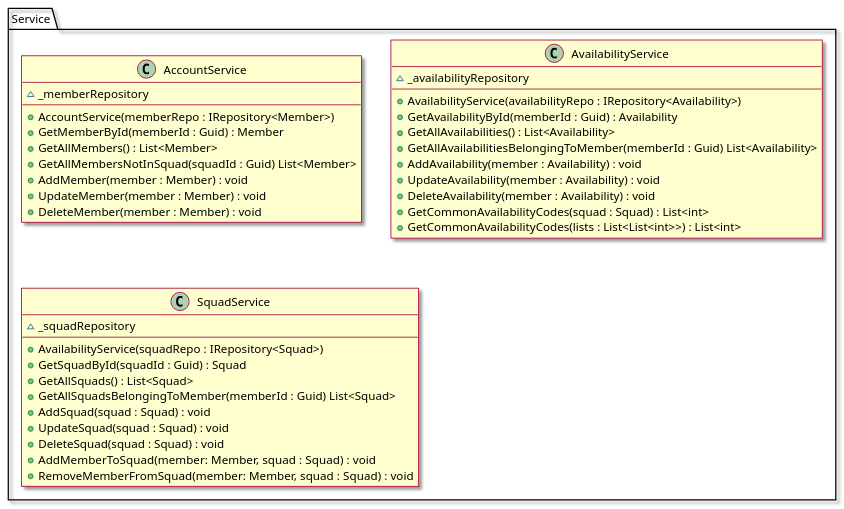
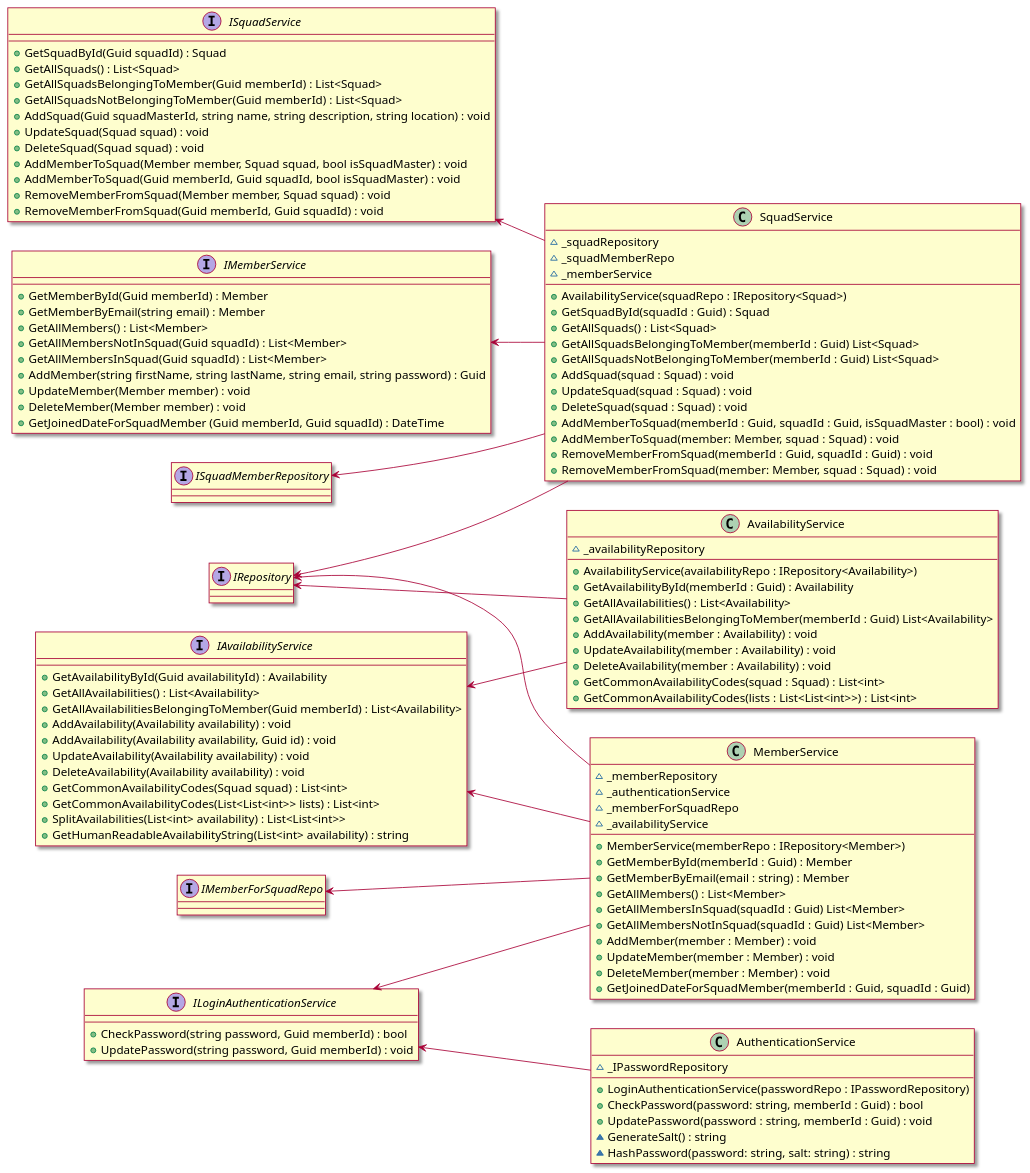
Before and after one commit to dhilbmann/ScheduSquad: the diagram in plantuml/ClassDiagrams/ServiceClassDiagram.plantuml, drawn with PlantUML. The commit also changed 4 other files, not shown here.

Commit message:
Updates diagrams for final paper

```diff
--- a/plantuml/ClassDiagrams/ServiceClassDiagram.plantuml
+++ b/plantuml/ClassDiagrams/ServiceClassDiagram.plantuml
@@ -1,42 +1,124 @@
 @startuml ServiceClassDiagram
 
+left to right direction
 skin rose
 
-class Service.AccountService {
+interface ISquadService {
+    +GetSquadById(Guid squadId) : Squad
+    +GetAllSquads() : List<Squad> 
+    +GetAllSquadsBelongingToMember(Guid memberId) : List<Squad> 
+    +GetAllSquadsNotBelongingToMember(Guid memberId) : List<Squad> 
+    +AddSquad(Guid squadMasterId, string name, string description, string location) : void
+    +UpdateSquad(Squad squad) : void
+    +DeleteSquad(Squad squad) : void
+    +AddMemberToSquad(Member member, Squad squad, bool isSquadMaster) : void
+    +AddMemberToSquad(Guid memberId, Guid squadId, bool isSquadMaster) : void
+    +RemoveMemberFromSquad(Member member, Squad squad) : void
+    +RemoveMemberFromSquad(Guid memberId, Guid squadId) : void
+}
+
+interface IAvailabilityService {
+    +GetAvailabilityById(Guid availabilityId) : Availability 
+    +GetAllAvailabilities() : List<Availability> 
+    +GetAllAvailabilitiesBelongingToMember(Guid memberId) : List<Availability> 
+    +AddAvailability(Availability availability) : void
+    +AddAvailability(Availability availability, Guid id) : void
+    +UpdateAvailability(Availability availability) : void
+    +DeleteAvailability(Availability availability) : void
+    +GetCommonAvailabilityCodes(Squad squad) : List<int> 
+    +GetCommonAvailabilityCodes(List<List<int>> lists) : List<int> 
+    +SplitAvailabilities(List<int> availability) : List<List<int>> 
+    +GetHumanReadableAvailabilityString(List<int> availability) : string
+}
+
+interface ILoginAuthenticationService {
+    +CheckPassword(string password, Guid memberId) : bool
+    +UpdatePassword(string password, Guid memberId) : void
+}
+
+interface IMemberService {
+    +GetMemberById(Guid memberId) : Member
+    +GetMemberByEmail(string email) : Member
+    +GetAllMembers() : List<Member> 
+    +GetAllMembersNotInSquad(Guid squadId) : List<Member> 
+    +GetAllMembersInSquad(Guid squadId) : List<Member> 
+    +AddMember(string firstName, string lastName, string email, string password) : Guid
+    +UpdateMember(Member member) : void
+    +DeleteMember(Member member) : void
+    +GetJoinedDateForSquadMember (Guid memberId, Guid squadId) : DateTime
+}
+
+class MemberService {
     ~_memberRepository
-    +AccountService(memberRepo : IRepository<Member>)
+    ~_authenticationService
+    ~_memberForSquadRepo
+    ~_availabilityService
+    +MemberService(memberRepo : IRepository<Member>)
     +GetMemberById(memberId : Guid) : Member
+    +GetMemberByEmail(email : string) : Member
     +GetAllMembers() : List<Member>
+    +GetAllMembersInSquad(squadId : Guid) List<Member>
     +GetAllMembersNotInSquad(squadId : Guid) List<Member>
     +AddMember(member : Member) : void
     +UpdateMember(member : Member) : void
     +DeleteMember(member : Member) : void
+    +GetJoinedDateForSquadMember(memberId : Guid, squadId : Guid)
 }
 
-class Service.AvailabilityService {
+class AvailabilityService {
     ~_availabilityRepository
     +AvailabilityService(availabilityRepo : IRepository<Availability>)
     +GetAvailabilityById(memberId : Guid) : Availability
     +GetAllAvailabilities() : List<Availability>
     +GetAllAvailabilitiesBelongingToMember(memberId : Guid) List<Availability>
     +AddAvailability(member : Availability) : void
     +UpdateAvailability(member : Availability) : void
     +DeleteAvailability(member : Availability) : void
     +GetCommonAvailabilityCodes(squad : Squad) : List<int>
     +GetCommonAvailabilityCodes(lists : List<List<int>>) : List<int>
 }
 
-class Service.SquadService {
+class SquadService {
     ~_squadRepository
+    ~_squadMemberRepo
+    ~_memberService
     +AvailabilityService(squadRepo : IRepository<Squad>)
     +GetSquadById(squadId : Guid) : Squad
     +GetAllSquads() : List<Squad>
     +GetAllSquadsBelongingToMember(memberId : Guid) List<Squad>
+    +GetAllSquadsNotBelongingToMember(memberId : Guid) List<Squad>
     +AddSquad(squad : Squad) : void
     +UpdateSquad(squad : Squad) : void
     +DeleteSquad(squad : Squad) : void
+    +AddMemberToSquad(memberId : Guid, squadId : Guid, isSquadMaster : bool) : void
     +AddMemberToSquad(member: Member, squad : Squad) : void
+    +RemoveMemberFromSquad(memberId : Guid, squadId : Guid) : void
     +RemoveMemberFromSquad(member: Member, squad : Squad) : void
 }
 
+class AuthenticationService {
+ ~_IPasswordRepository
+ +LoginAuthenticationService(passwordRepo : IPasswordRepository)
+ +CheckPassword(password: string, memberId : Guid) : bool
+ +UpdatePassword(password : string, memberId : Guid) : void
+ ~GenerateSalt() : string
+ ~HashPassword(password: string, salt: string) : string
+}
+
+interface ISquadMemberRepository {}
+interface IRepository{}
+interface IMemberForSquadRepo{}
+
+ISquadService <-- SquadService
+ISquadMemberRepository <-- SquadService
+IMemberService <-- SquadService
+IRepository <-- SquadService
+IAvailabilityService <-- AvailabilityService
+IAvailabilityService <-- MemberService
+IRepository <-- AvailabilityService
+ILoginAuthenticationService <-- MemberService
+IMemberForSquadRepo <-- MemberService
+IRepository <-- MemberService
+ILoginAuthenticationService <-- AuthenticationService
+
 @enduml
```
